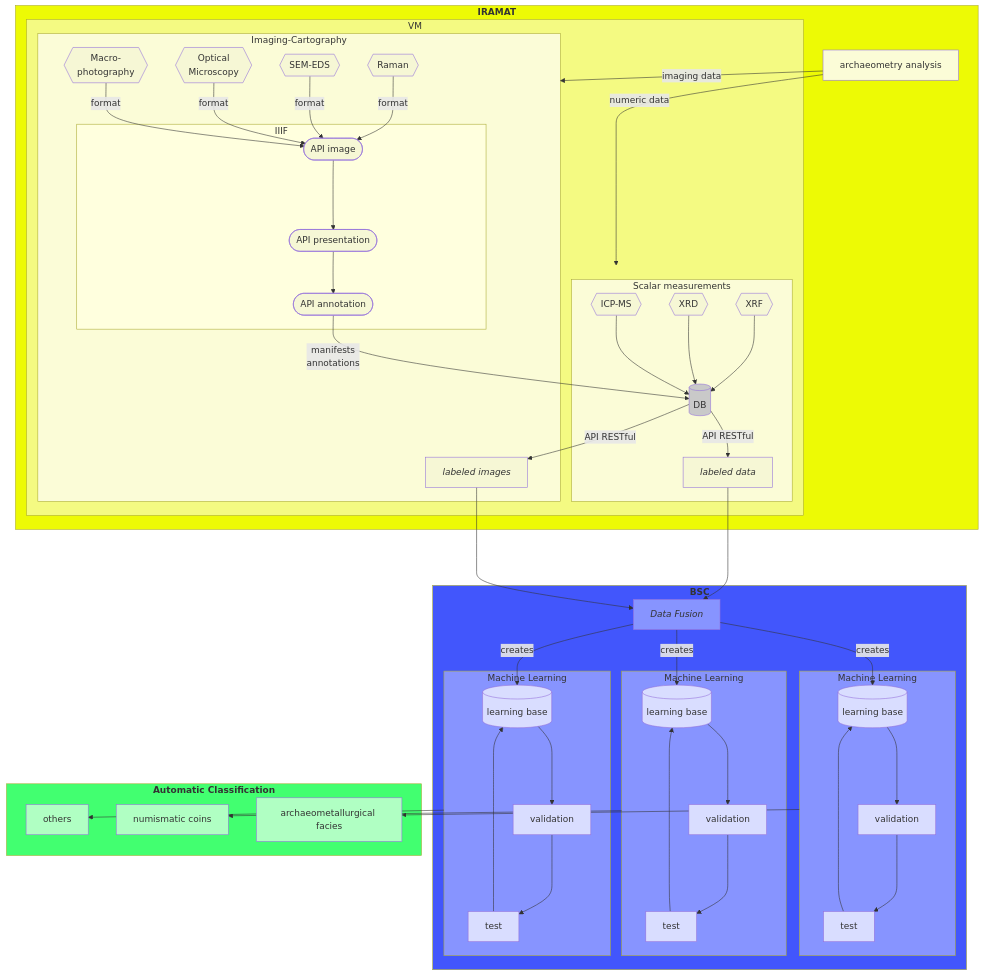
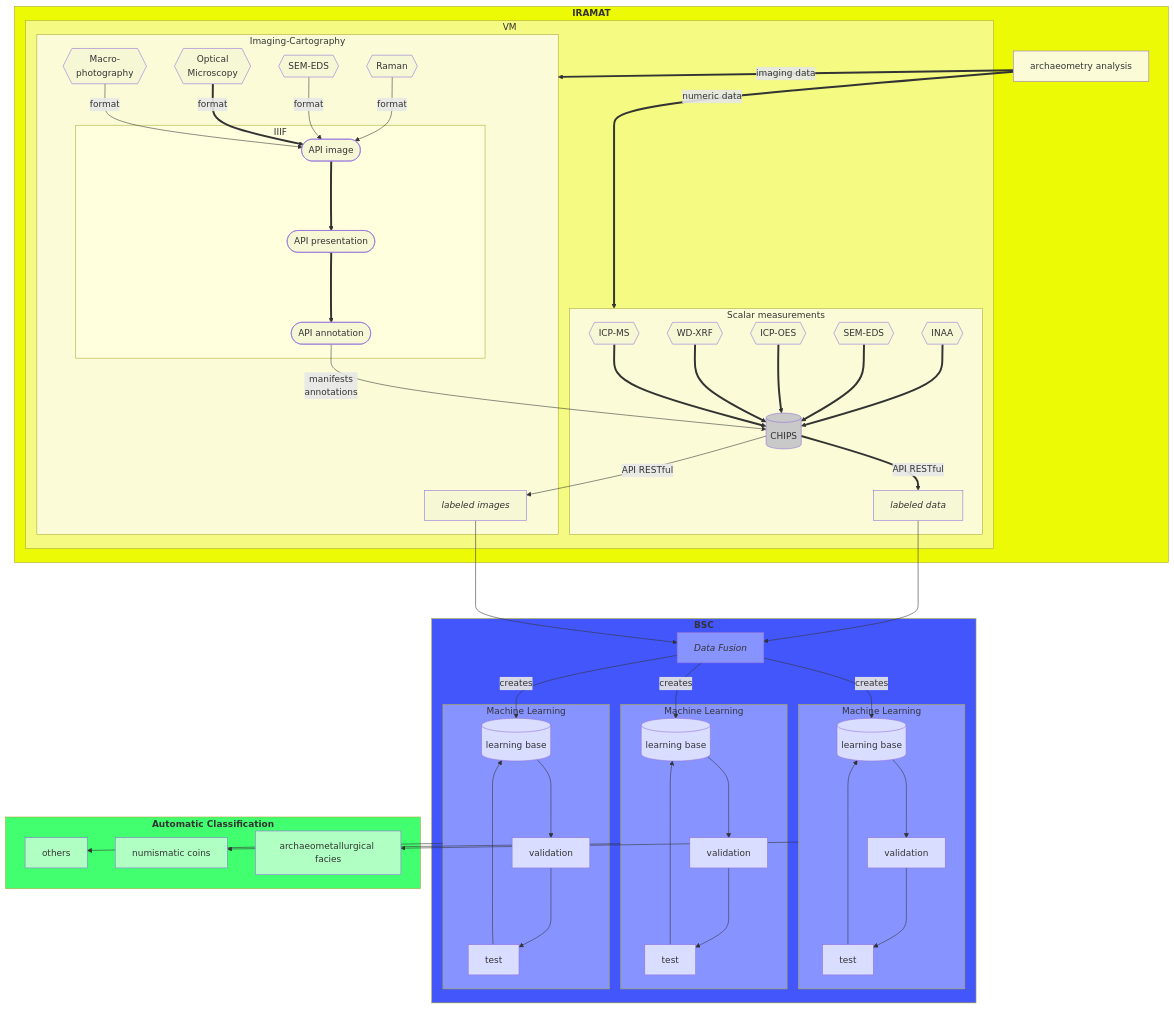
Before and after one commit to iramat/iramat-dev: the diagram in talks/2026-bsc/README.md, drawn with Mermaid. The commit also changed other lines of this file and 1 other file, not shown here.

Commit message:
updating the IRAMAT/BSC mermaid flowchart

````diff
--- a/talks/2026-bsc/README.md
+++ b/talks/2026-bsc/README.md
@@ -4,28 +4,32 @@
 ```mermaid
 flowchart TD
   subgraph IRAMAT[<b>IRAMAT</b>]
-  	ICP{{ICP-MS}}
-  	XRD{{XRD}}
-	XRF{{XRF}}
-    BD[(DB)]
+  	ICP-MS{{ICP-MS}}
+  	WD-XRF{{WD-XRF}}
+	  ICP-OES{{ICP-OES}}
+    SEM-EDS{{SEM-EDS}}
+    INAA{{INAA}}
+    BD[(CHIPS)]
     analyses[archaeometry analysis]
-    analyses -- numeric data --> IRAMATdata
-    analyses -- imaging data --> IRAMATimg
+    analyses == numeric data ==> IRAMATdata
+    analyses == imaging data ==> IRAMATimg
 	subgraph VM[VM]
     subgraph IRAMATdata[Scalar measurements]
-		XRF --> BD
-		XRD --> BD
-		ICP --> BD
-        BD -- API RESTful --> APIdata[<em>labeled data</em>]
+        ICP-OES ==> BD
+        WD-XRF ==> BD
+        SEM-EDS ==> BD
+        ICP-MS ==> BD
+        INAA ==> BD
+        BD == API RESTful ==> APIdata[<em>labeled data</em>]
     end
     subgraph IRAMATimg[Imaging-Cartography]
         Macro{{Macro-<br>photography}} -- format --> IIIFimg([API image])
-        Opt{{Optical<br>Microscopy}} -- format --> IIIFimg
+        Opt{{Optical<br>Microscopy}} == format ==> IIIFimg
         SEM{{SEM-EDS}} -- format --> IIIFimg
         Raman{{Raman}} -- format --> IIIFimg
         subgraph IRAMATiiif[IIIF]
-          IIIFimg ---> IIIFpres([API presentation])
-		      IIIFpres --> IIIFannot([API annotation])
+          IIIFimg ===> IIIFpres([API presentation])
+		      IIIFpres ===> IIIFannot([API annotation])
         end
 		    IIIFannot -- manifests<br>annotations --> BD
         BD -- API RESTful --> APIimg[<em>labeled images</em>]
@@ -70,9 +74,11 @@
 style analyses fill:#fbfcd7
 style IRAMATdata fill:#fbfcd7
 style IRAMATimg fill:#fbfcd7
-style XRF fill:#f6f7d5
-style XRD fill:#f6f7d5
-style ICP fill:#f6f7d5
+style ICP-OES fill:#f6f7d5
+style WD-XRF fill:#f6f7d5
+style SEM-EDS fill:#f6f7d5
+style ICP-MS fill:#f6f7d5
+style INAA fill:#f6f7d5
 style Macro fill:#f6f7d5
 style Opt fill:#f6f7d5
 style SEM fill:#f6f7d5
@@ -104,9 +110,10 @@
 style ResNum fill:#b0ffc3
 style ResVaria fill:#b0ffc3
 
-click BD "https://github.com/iramat/iramat-dev/main/talks/2026-bsc/README.md#db"
-click VM "https://github.com/iramat/iramat-dev/main/talks/2026-bsc/README.md#vm"
-click IIIFimg "https://iramat-apps.cnrs.fr/iiif/2/numismatic%2F1986.416_obv.JPG/full/full/0/default.jpg"
-click IIIFpres "https://github.com/iramat/iramat-dev/main/talks/2026-bsc/README.md#iiif-presentation"
-click IIIFannot "https://github.com/iramat/iramat-dev/main/talks/2026-bsc/README.md#iiif-annotation"
+click BD "https://iramat-apps.cnrs.fr/dash/"
+click VM "https://iramat-apps.cnrs.fr/portal/"
+click APIdata "https://iramat-apps.cnrs.fr/api/dataset_pdillmann17"
+click IIIFimg "https://iramat-apps.cnrs.fr/iiif/2/metallograph%2FBarre531ober.ptif/full/2000,/0/default.jpg"
+click IIIFpres "https://iramat-apps.cnrs.fr/view/_test/barre531_compare.html"
+click IIIFannot "https://iramat-apps.cnrs.fr/portal/catalogue/facies%3A123456789.html"
 ```
````
